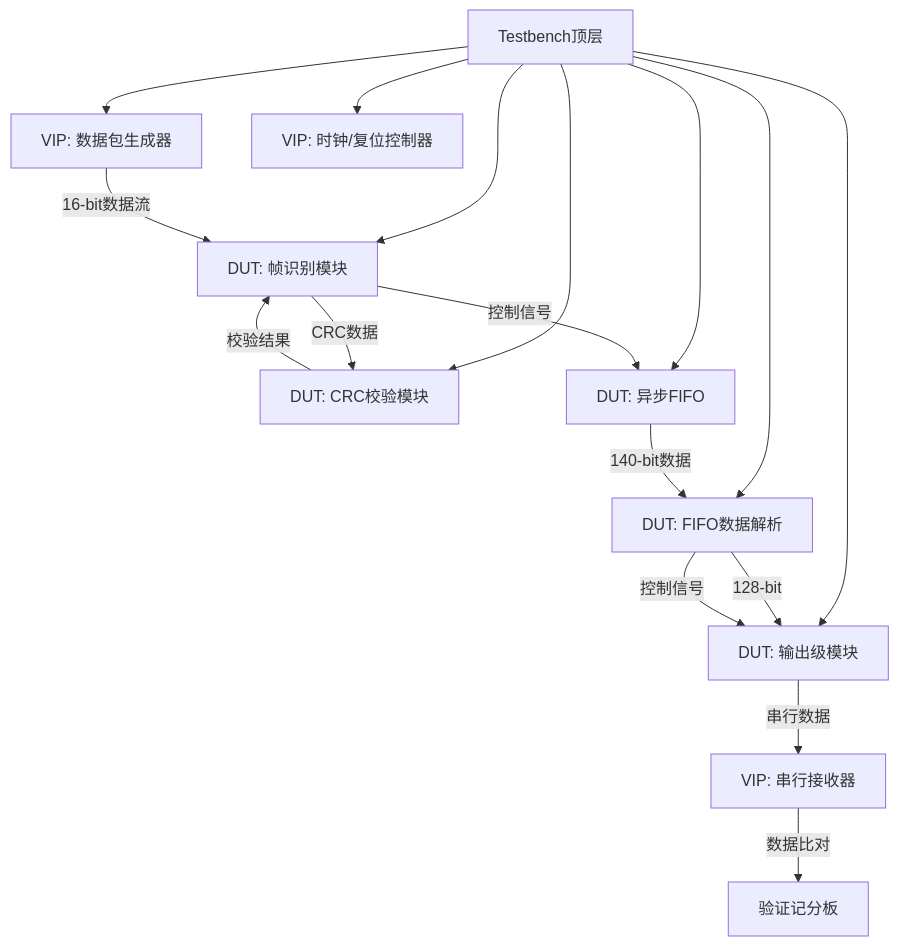
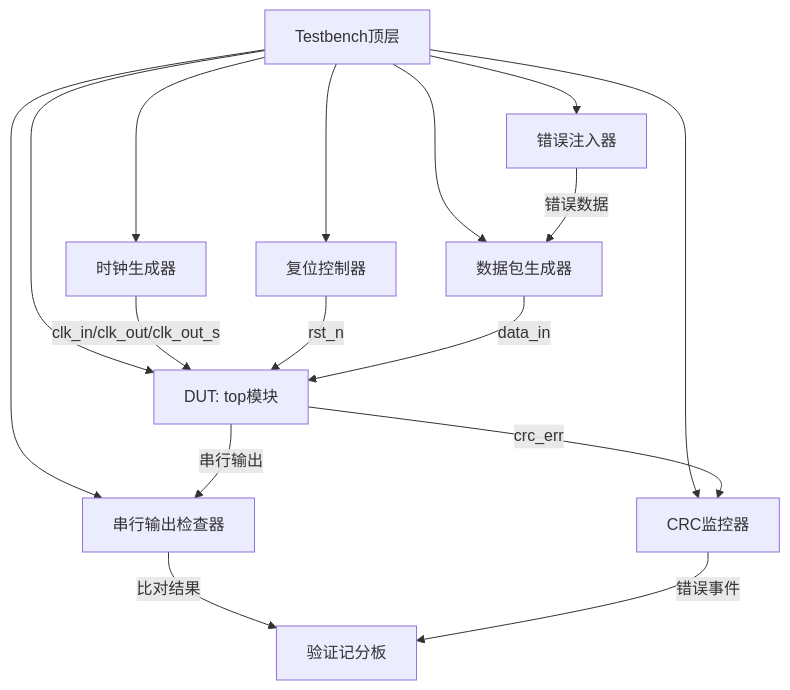
One commit to ME-for-Computing-Power/chaoslogic changed the diagram in doc/6-验证流程说明书/main.md. Above: the diagram before and after it, drawn with Mermaid. The commit also changed other lines of this file and 1 other file, not shown here.

````diff
--- a/doc/6-验证流程说明书/main.md
+++ b/doc/6-验证流程说明书/main.md
@@ -4,19 +5,18 @@
 ```mermaid
 graph TD
-    A[Testbench顶层] --> B[VIP: 数据包生成器]
-    A --> C[VIP: 时钟/复位控制器]
-    A --> D[DUT: 帧识别模块]
-    A --> E[DUT: CRC校验模块]
-    A --> F[DUT: 异步FIFO]
-    A --> G[DUT: FIFO数据解析]
-    A --> H[DUT: 输出级模块]
-    B -->|16-bit数据流| D
-    D -->|控制信号| F
-    D -->|CRC数据| E
-    E -->|校验结果| D
-    F -->|140-bit数据| G
-    G -->|128-bit| H
-    G -->|控制信号| H
-    H -->|串行数据| I[VIP: 串行接收器]
-    I -->|数据比对| J[验证记分板]
+    A[Testbench顶层] --> B[时钟生成器]
+    A --> C[复位控制器]
+    A --> D[数据包生成器]
+    A --> E[DUT: top模块]
+    A --> F[串行输出检查器]
+    A --> G[CRC监控器]
+    A --> H[错误注入器]
+    B -->|clk_in/clk_out/clk_out_s| E
+    C -->|rst_n| E
+    D -->|data_in| E
+    E -->|串行输出| F
+    E -->|crc_err| G
+    H -->|错误数据| D
+    F -->|比对结果| I[验证记分板]
+    G -->|错误事件| I
 ```
````
